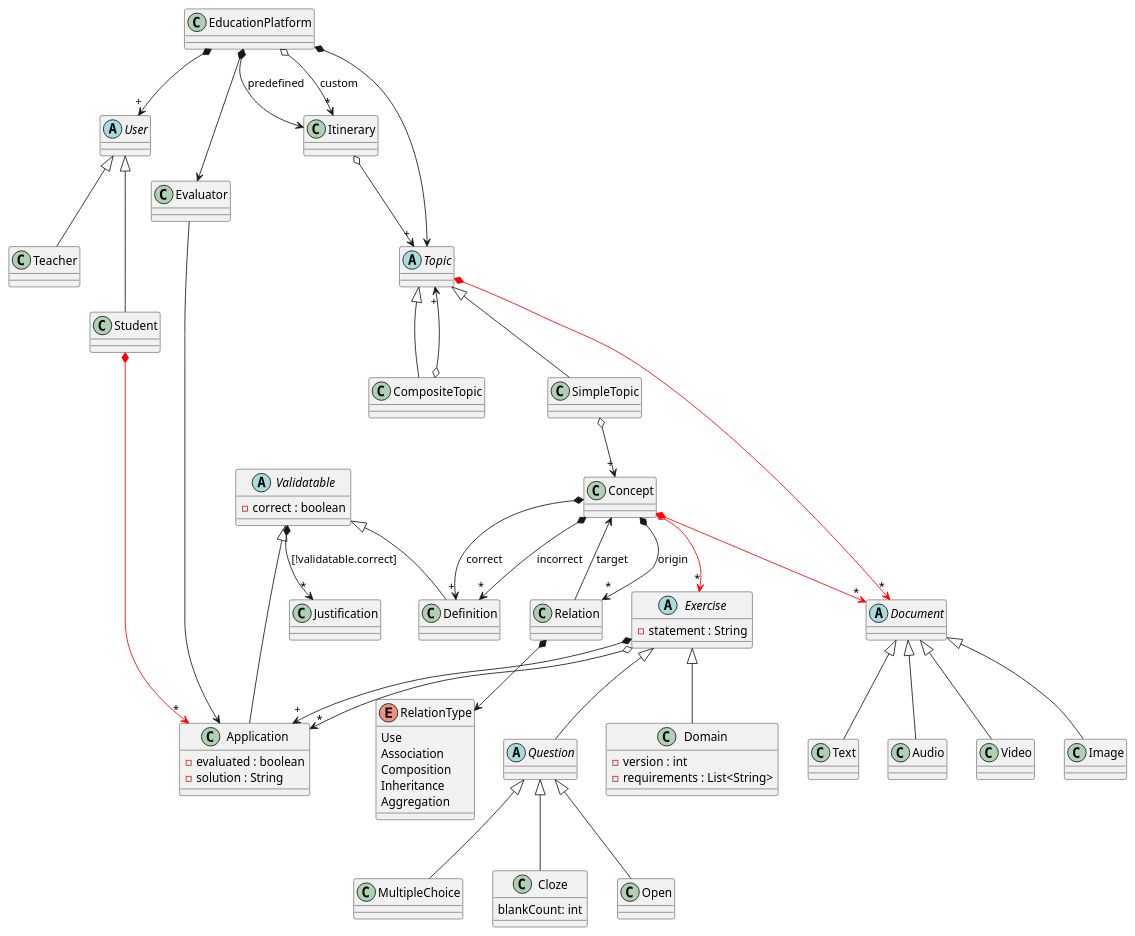
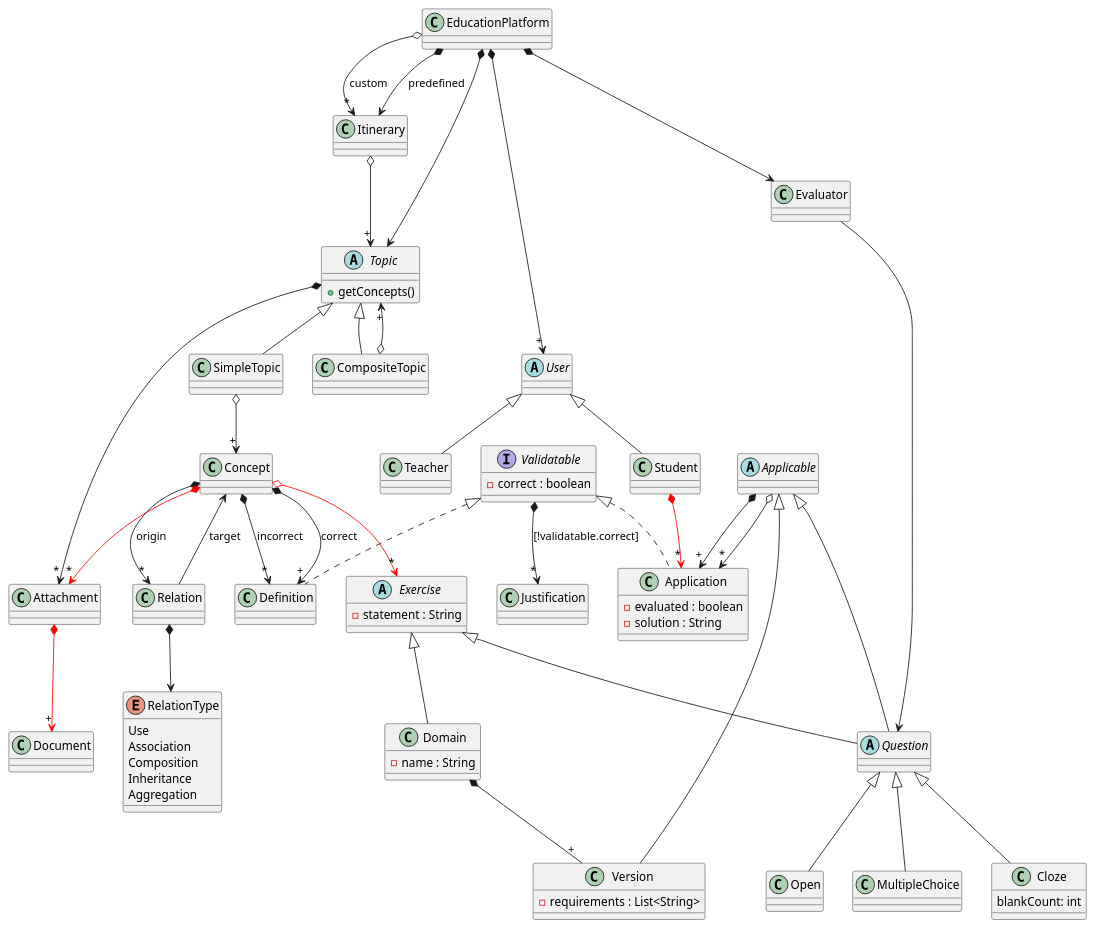
One commit to jumpering/lab-turing changed the diagram in Diagrams/EducationPlatform/Domain.puml. Above: the diagram before and after it, drawn with PlantUML. The commit also changed 1 other file, not shown here.

```diff
--- a/Diagrams/EducationPlatform/Domain.puml
+++ b/Diagrams/EducationPlatform/Domain.puml
@@ -1,124 +1,124 @@
 @startuml EducationPlatformDomain
 
 EducationPlatform *--> "+" User
 EducationPlatform *--> Topic
 EducationPlatform *--> Itinerary : predefined
 EducationPlatform o--> "*" Itinerary : custom
 EducationPlatform *--> Evaluator
-'EducationPlatform *--> ConceptGraph
 
 abstract User{
 }
 
 User <|-- Teacher
 User <|-- Student
-'User *-->"+" Application
 
 class Teacher{
 }
 
 class Student{
 }
 Student *-[#red]-> "*" Application
-'Student --> Itinerary
 
 class Evaluator{
 }
-Evaluator --> Application
+Evaluator --> Question
 
 class Itinerary {
 }
 Itinerary o--> "+" Topic
 
 class Definition {
-    '- correct : boolean
 }
 
 class Justification {
-    '- correct : boolean
 }
 
 class Domain {
-    - version : int
+    - name : String
+}
+Domain *-- "+" Version
+
+abstract Applicable{
+}
+Applicable <|-- Version
+Applicable <|-- Question
+Applicable *-->"+" Application
+Applicable o-->"*" Application
+
+class Version{
     - requirements : List<String>
 }
 
 abstract Exercise {
     - statement : String
 }
 Exercise <|-down- Domain
 Exercise <|-down- Question
-Exercise *-->"+" Application
-Exercise o-->"*" Application
 
 abstract Question{
 }
 Question <|-- MultipleChoice
 Question <|-- Cloze
 Question <|-- Open
 
 class Cloze{
     blankCount: int
 }
   
 class MultipleChoice{
 }
 
 class Application{
-    '- correct : boolean
     - evaluated : boolean
     - solution : String
 }
 
-abstract Validatable{
+interface Validatable{
     - correct : boolean
 }
-Validatable <|-- Application
-Validatable <|-- Definition
+Validatable <|.. Application
+Validatable <|.. Definition
 Validatable *--> "*" Justification:[!validatable.correct]
 
 abstract Topic{
+    + getConcepts()
 }
-Topic *-[#red]-> "*" Document
 Topic <|-- CompositeTopic
 Topic <|-- SimpleTopic
+Topic *--> "*" Attachment
+
+class Attachment{
+}
+Attachment *-[#red]-> "+" Document
 
 class SimpleTopic{
 }
 SimpleTopic o--> "+" Concept
 
 class CompositeTopic{
 }
 CompositeTopic o--> "+" Topic
 
-abstract Document{}
-Document <|-- Audio
-Document <|-- Video
-Document <|-- Image
-Document <|-- Text
-
-'class ConceptGraph{
-'}
-'ConceptGraph o--> "+"Concept
+class Document{}
 
 class Concept{
 }
 Concept *-down-> "+" Definition : correct
 Concept *-down-> "*" Definition : incorrect
 Concept *-down-> "*" Relation : origin
-Concept *-down[#red]-> "*" Document
+Concept *-down[#red]-> "*" Attachment
 Concept o-down[#red]-> "*" Exercise
 
 class Relation {
 }
 Relation --> Concept : target
 Relation *-down-> RelationType
 
 enum RelationType {
     Use
     Association
     Composition
     Inheritance
     Aggregation
 } 
 @enduml
```
